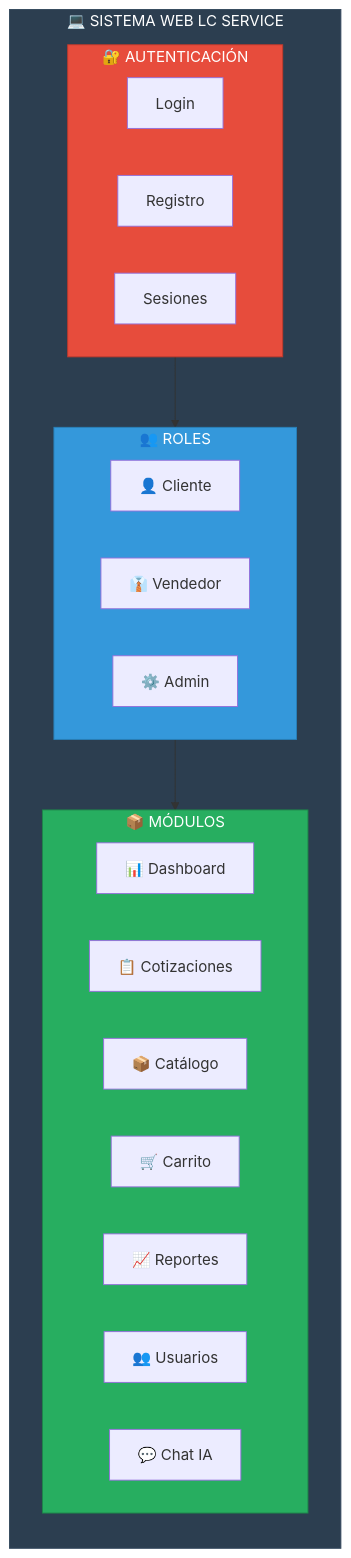
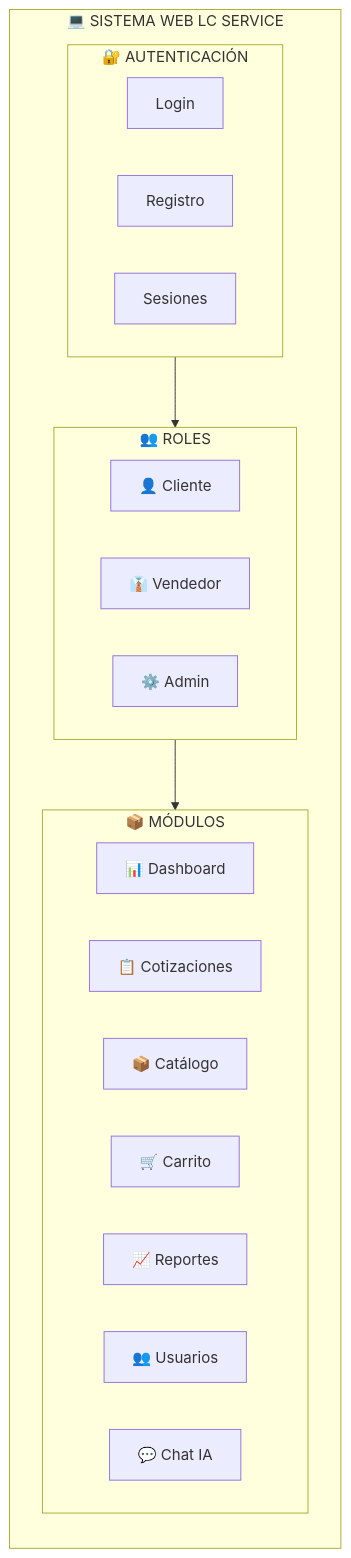
Before and after one commit to decagraff/LCService: the seventh of 8 diagrams in docs/05-sistema/README.md, drawn with Mermaid. The commit also changed other lines of this file and 7 other files, not shown here.

````diff
--- a/docs/05-sistema/README.md
+++ b/docs/05-sistema/README.md
@@ -242,36 +234,32 @@
 ```mermaid
 flowchart TB
     subgraph sistema["💻 SISTEMA WEB LC SERVICE"]
         direction TB
 
         subgraph auth["🔐 AUTENTICACIÓN"]
             A1["Login"]
             A2["Registro"]
             A3["Sesiones"]
         end
 
         subgraph roles["👥 ROLES"]
             R1["👤 Cliente"]
             R2["👔 Vendedor"]
             R3["⚙️ Admin"]
         end
 
         subgraph modulos["📦 MÓDULOS"]
             M1["📊 Dashboard"]
             M2["📋 Cotizaciones"]
             M3["📦 Catálogo"]
             M4["🛒 Carrito"]
             M5["📈 Reportes"]
             M6["👥 Usuarios"]
             M7["💬 Chat IA"]
         end
     end
 
     auth --> roles
     roles --> modulos
 
-    style sistema fill:#2c3e50,stroke:#34495e,color:#fff
-    style auth fill:#e74c3c,stroke:#c0392b,color:#fff
-    style roles fill:#3498db,stroke:#2980b9,color:#fff
-    style modulos fill:#27ae60,stroke:#1e8449,color:#fff
 ```
````
